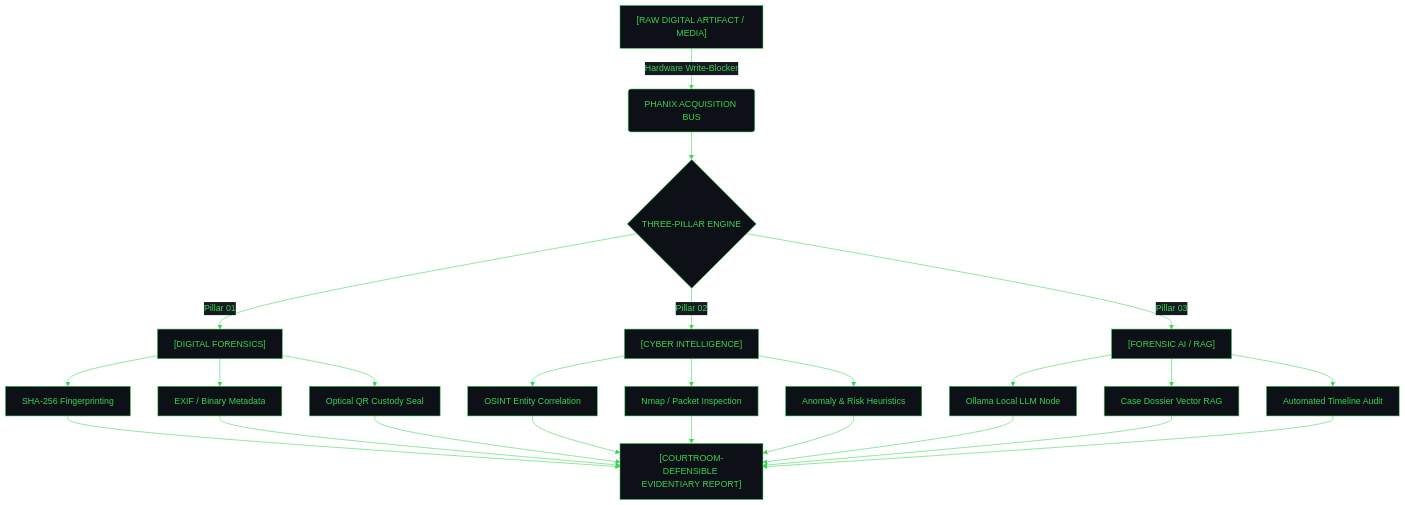
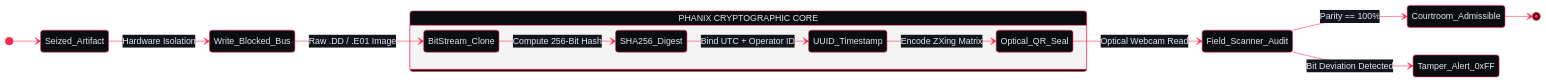
One commit to NPhaneendhar/NPhaneendhar changed the diagram in README.md. Above: the diagram before and after it, drawn with Mermaid. The commit also changed other lines of this file, not shown here.

````diff
--- a/README.md
+++ b/README.md
@@ -170,24 +143,19 @@
 ```mermaid
-%%{init: {'theme': 'base', 'themeVariables': { 'primaryColor': '#0d1117', 'primaryTextColor': '#39d353', 'primaryBorderColor': '#39d353', 'lineColor': '#39d353', 'secondaryColor': '#161b22', 'tertiaryColor': '#0d1117', 'fontFamily': 'monospace'}}}%%
-flowchart TD
-    A["[RAW DIGITAL ARTIFACT / MEDIA]"] -->|Hardware Write-Blocker| B("PHANIX ACQUISITION BUS")
-    B --> C{"THREE-PILLAR ENGINE"}
+%%{init: {'theme': 'base', 'themeVariables': { 'primaryColor': '#0A0C10', 'primaryTextColor': '#E2E8F0', 'primaryBorderColor': '#FF2A54', 'lineColor': '#FF2A54', 'secondaryColor': '#12151C', 'tertiaryColor': '#0A0C10', 'fontFamily': 'monospace'}}}%%
+stateDiagram-v2
+    direction LR
+    [*] --> Seized_Artifact
+    Seized_Artifact --> Write_Blocked_Bus : Hardware Isolation
+    Write_Blocked_Bus --> BitStream_Clone : Raw .DD / .E01 Image
     
-    C -->|Pillar 01| D["[DIGITAL FORENSICS]"]
-    C -->|Pillar 02| E["[CYBER INTELLIGENCE]"]
-    C -->|Pillar 03| F["[FORENSIC AI / RAG]"]
+    state "PHANIX CRYPTOGRAPHIC CORE" as CryptoCore {
+        BitStream_Clone --> SHA256_Digest : Compute 256-Bit Hash
+        SHA256_Digest --> UUID_Timestamp : Bind UTC + Operator ID
+        UUID_Timestamp --> Optical_QR_Seal : Encode ZXing Matrix
+    }
     
-    D --> D1["SHA-256 Fingerprinting"]
-    D --> D2["EXIF / Binary Metadata"]
-    D --> D3["Optical QR Custody Seal"]
-    
-    E --> E1["OSINT Entity Correlation"]
-    E --> E2["Nmap / Packet Inspection"]
-    E --> E3["Anomaly & Risk Heuristics"]
-    
-    F --> F1["Ollama Local LLM Node"]
-    F --> F2["Case Dossier Vector RAG"]
-    F --> F3["Automated Timeline Audit"]
-    
-    D1 & D2 & D3 & E1 & E2 & E3 & F1 & F2 & F3 --> G["[COURTROOM-DEFENSIBLE EVIDENTIARY REPORT]"]
+    Optical_QR_Seal --> Field_Scanner_Audit : Optical Webcam Read
+    Field_Scanner_Audit --> Courtroom_Admissible : Parity == 100%
+    Field_Scanner_Audit --> Tamper_Alert_0xFF : Bit Deviation Detected
+    Courtroom_Admissible --> [*]
 ```
````
